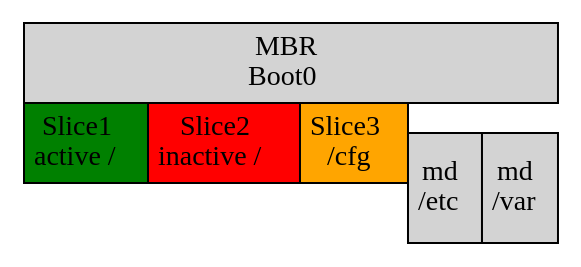
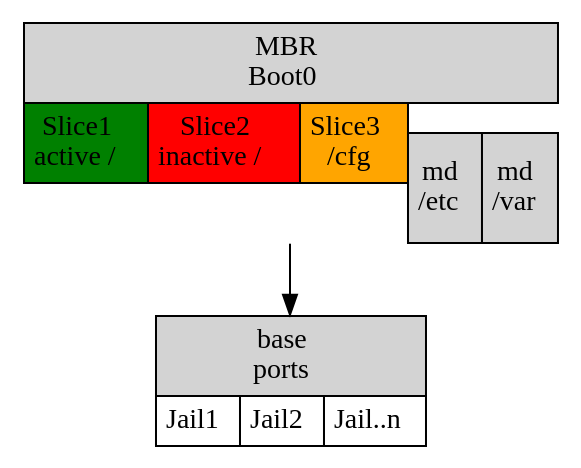
One commit to omussell/homelab changed the diagram in pic/disklayout.gv. Above: the diagram before and after it, drawn with Graphviz. The commit also changed 1 other file, not shown here.

```diff
--- a/pic/disklayout.gv
+++ b/pic/disklayout.gv
@@ -1,17 +1,32 @@
 digraph disklayout {
 	abc [shape=none, margin=0, label=<
 	<TABLE BORDER="0" CELLBORDER="1" CELLSPACING="0" CELLPADDING="4">
 		<TR>
 			<TD COLSPAN="6" BGCOLOR="lightgrey">MBR<BR/>Boot0</TD>
 		</TR>
 		<TR>
 			<TD ROWSPAN="2" BGCOLOR="green">Slice1<BR/>active /</TD>
 			<TD ROWSPAN="2" BGCOLOR="red">Slice2<BR/>inactive /</TD>
 			<TD ROWSPAN="2" BGCOLOR="orange">Slice3<BR/>/cfg</TD>
 		</TR>
 		<TR>
 			<TD ROWSPAN="3" BGCOLOR="lightgrey">md<BR/>/etc</TD>
 			<TD ROWSPAN="3" BGCOLOR="lightgrey">md<BR/>/var</TD>
 		</TR>
 	</TABLE>>];
+	subgraph jails {
+	jails [shape=none, margin=0, label=<
+	<TABLE BORDER="0" CELLBORDER="1" CELLSPACING="0" CELLPADDING="4">
+		<TR>
+			<TD COLSPAN="6" BGCOLOR="lightgrey">base<BR/>ports</TD>
+		</TR>
+		<TR>
+			<TD ROWSPAN="2">Jail1</TD>
+			<TD ROWSPAN="2">Jail2</TD>
+			<TD ROWSPAN="2">Jail..n</TD>
+		</TR>
+	</TABLE>>];
+	
 }
+abc -> jails;
+}
```
